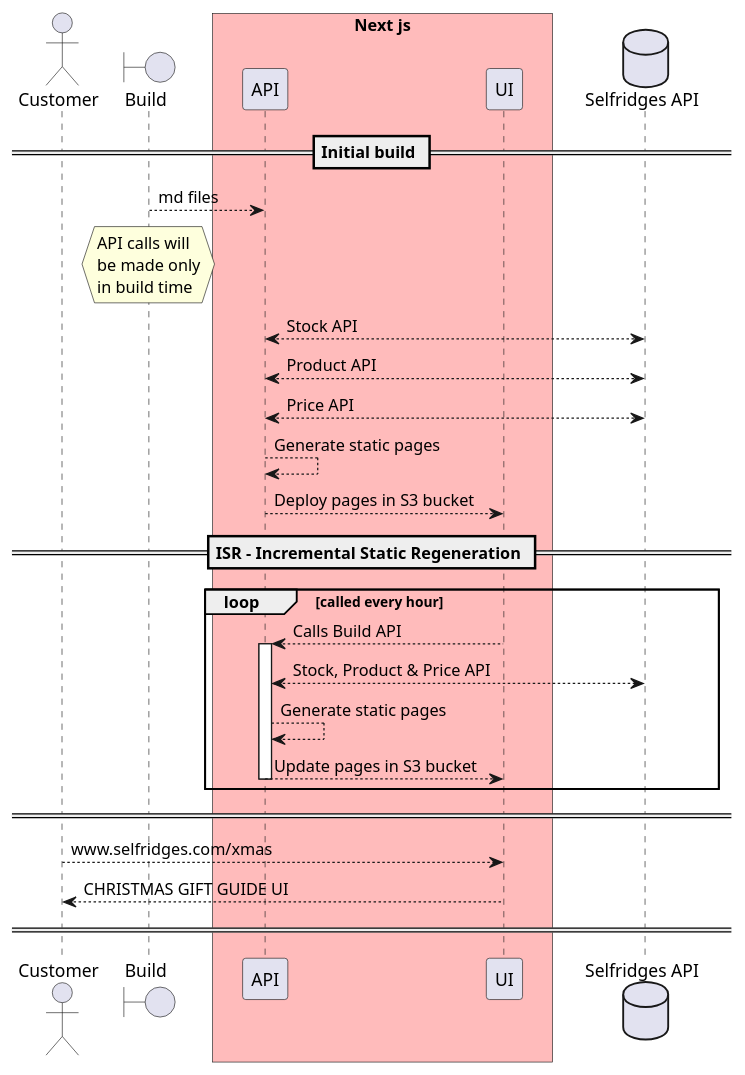
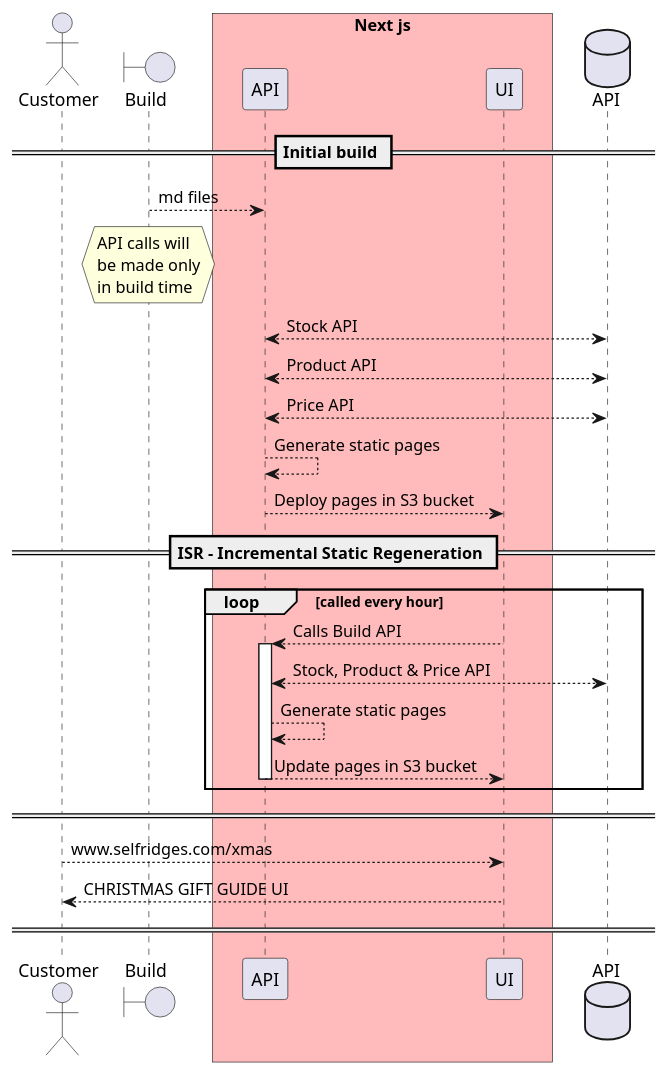
Before and after one commit to h0rhay/christmas22-gift-guide: the diagram in sequence-diagram.wsd, drawn with PlantUML. The commit also changed 2 other files, not shown here.

```diff
--- a/sequence-diagram.wsd
+++ b/sequence-diagram.wsd
@@ -1,50 +1,50 @@
 @startuml
 
 skinparam ParticipantPadding 20
 skinparam BoxPadding 20
 actor       Customer         as customer
 boundary    Build            as build
 box "Next js" #FFBBBB
 participant API              as api
 participant UI               as ui
 end box
-database    "Selfridges API" as sapi
+database    " API" as sapi
 
 == Initial build ==
 
 build --> api : md files
 
 hnote over build
   API calls will
   be made only
   in build time
 endhnote
 
 box "Subteam"
 api <--> sapi : Stock API
 api <--> sapi : Product API
 api <--> sapi : Price API
 end box
 api --> api   : Generate static pages
 api --> ui    : Deploy pages in S3 bucket
 
 == ISR - Incremental Static Regeneration ==
 
 loop called every hour
 
   ui --> api   : Calls Build API
   activate api
   api <--> sapi : Stock, Product & Price API
   api --> api   : Generate static pages
   return Update pages in S3 bucket
 
 end
 
 ==  ==
 
 customer --> ui : www.selfridges.com/xmas
 ui --> customer : CHRISTMAS GIFT GUIDE UI
 
 ==  ==
 
 @enduml
```
